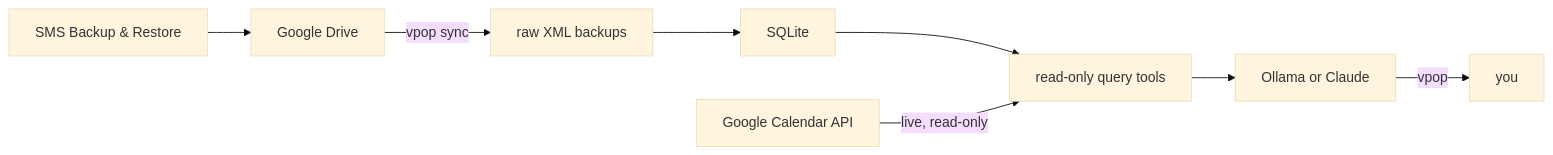
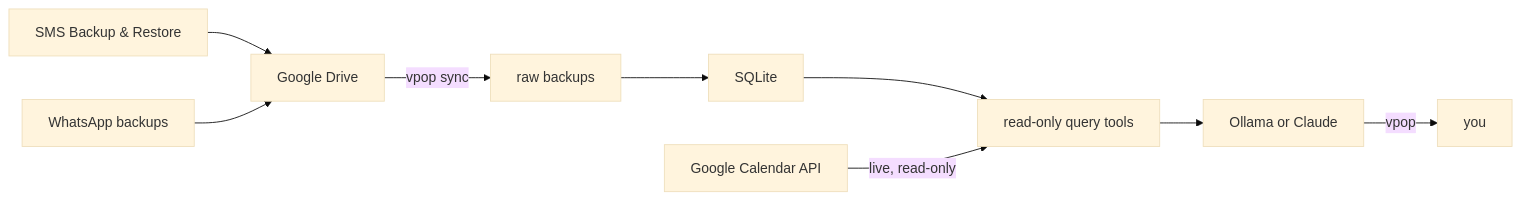
One commit to marcushadeed/vPop changed the diagram in README.md. Above: the diagram before and after it, drawn with Mermaid (base theme). The commit also changed other lines of this file and 27 other files, not shown here.

First line of the commit message:
sync WhatsApp's encrypted Android backups as a source

````diff
--- a/README.md
+++ b/README.md
@@ -27,10 +28,11 @@
 ```mermaid
 graph LR
     backup["SMS Backup & Restore"] --> drive["Google Drive"]
-    drive -->|vpop sync| raw["raw XML backups"]
+    whatsapp["WhatsApp backups"] --> drive
+    drive -->|vpop sync| raw["raw backups"]
     raw --> sqlite["SQLite"]
     sqlite --> tools["read-only query tools"]
     calendar["Google Calendar API"] -->|live, read-only| tools
     tools --> llm["Ollama or Claude"]
     llm -->|vpop| you["you"]
 ```
````
